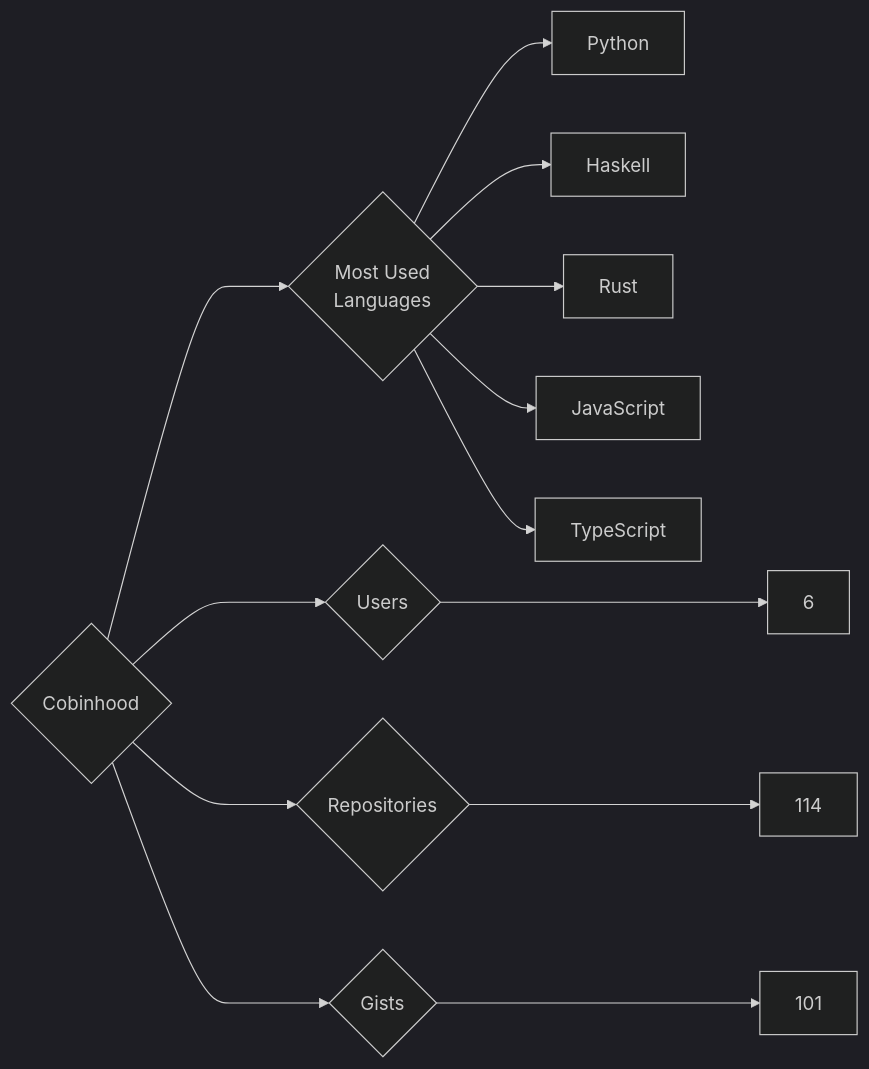
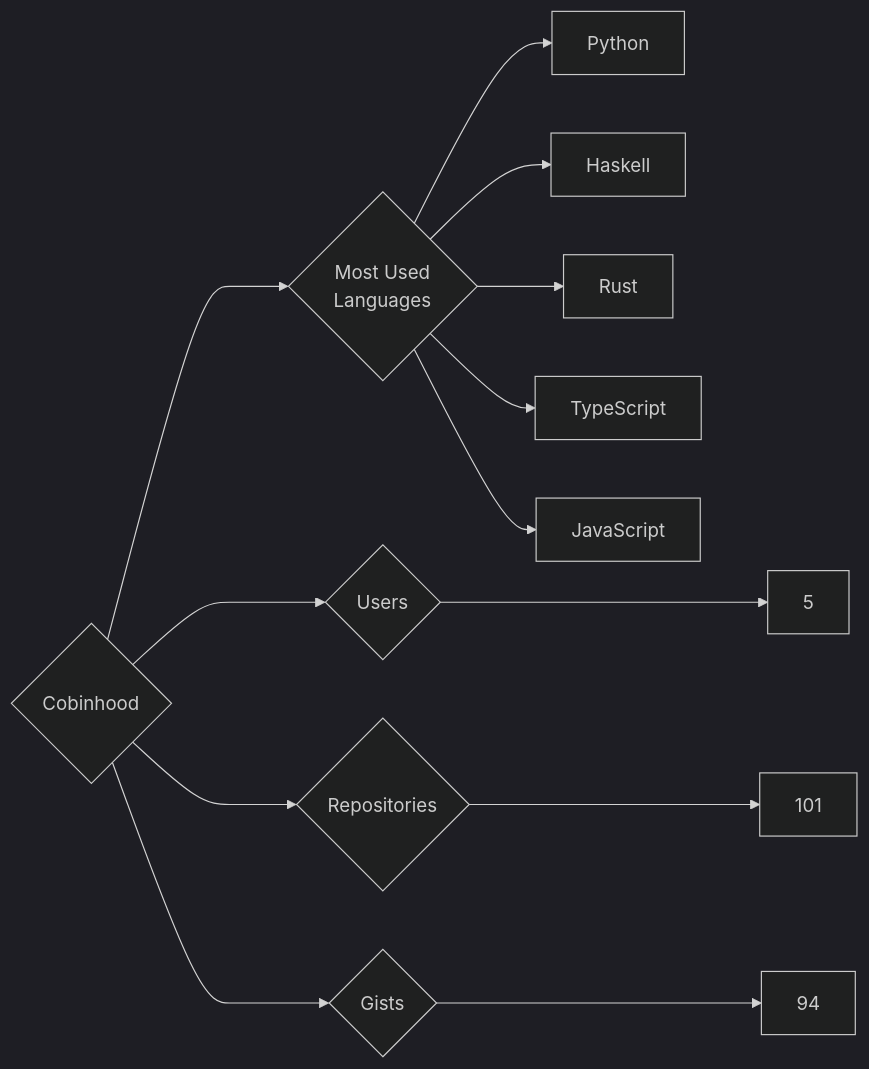
The diagram in targets/Cobinhood/README.md (trickest/insiders), drawn with Mermaid (dark theme) before and after one commit. The commit also changed 1175 other files, not shown here.

````diff
--- a/targets/Cobinhood/README.md
+++ b/targets/Cobinhood/README.md
@@ -3,13 +3,13 @@
 ```mermaid
 graph LR
 COMPANY_NAME{Cobinhood}
-COMPANY_NAME ---> U{Users} ---> UN[6]
-COMPANY_NAME ---> R{Repositories} ---> RN[114]
-COMPANY_NAME ---> G{Gists} ---> GN[101]
+COMPANY_NAME ---> U{Users} ---> UN[5]
+COMPANY_NAME ---> R{Repositories} ---> RN[101]
+COMPANY_NAME ---> G{Gists} ---> GN[94]
 COMPANY_NAME ---> ML{Most Used<br>Languages}
 ML --> Python[Python]
 ML --> Haskell[Haskell]
 ML --> Rust[Rust]
+ML --> TypeScript[TypeScript]
 ML --> JavaScript[JavaScript]
-ML --> TypeScript[TypeScript]
 ```
````
